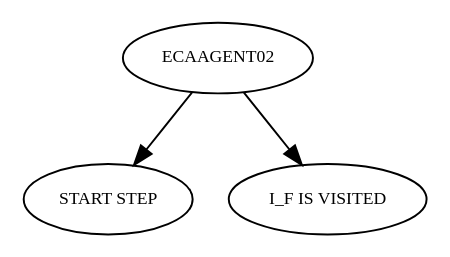
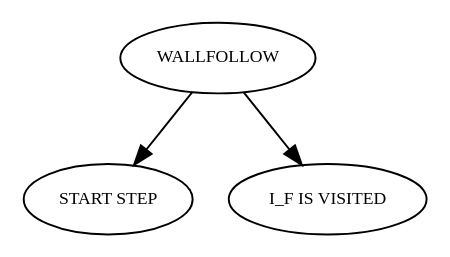
Before and after one commit to jescasany/adaptor001: the diagram in tree02.dot, drawn with Graphviz. The commit also changed 1 other file, not shown here.

```diff
--- a/tree02.dot
+++ b/tree02.dot
@@ -1,11 +1,11 @@
 strict digraph  {
 	graph [bgcolor=white,
 		ordering=out,
 		rotate=0
 	];
 	node [color=black,
 		fontsize=9
 	];
-	ECAAGENT02 -> "START STEP";
-	ECAAGENT02 -> "I_F IS VISITED";
+	WALLFOLLOW -> "START STEP";
+	WALLFOLLOW -> "I_F IS VISITED";
 }
```
